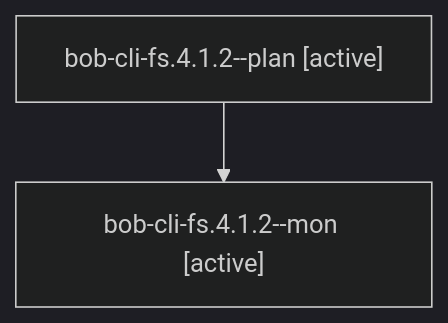
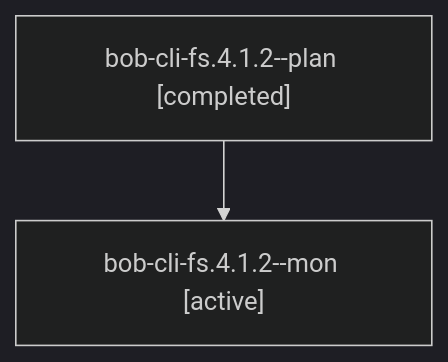
Before and after one commit to bobs-org/bob-cli--agents: the diagram in sessions/bbugyi200.athena.bob-cli-fs.4.1.2.md, drawn with Mermaid (dark theme). The commit also changed other lines of this file and 67 other files, not shown here.

````diff
--- a/sessions/bbugyi200.athena.bob-cli-fs.4.1.2.md
+++ b/sessions/bbugyi200.athena.bob-cli-fs.4.1.2.md
@@ -9,6 +9,6 @@
 ```mermaid
 flowchart TD
-  n0["bob-cli-fs.4.1.2--plan [active]"]
+  n0["bob-cli-fs.4.1.2--plan [completed]"]
   n1["bob-cli-fs.4.1.2--mon [active]"]
   n0 --> n1
 ```
````
